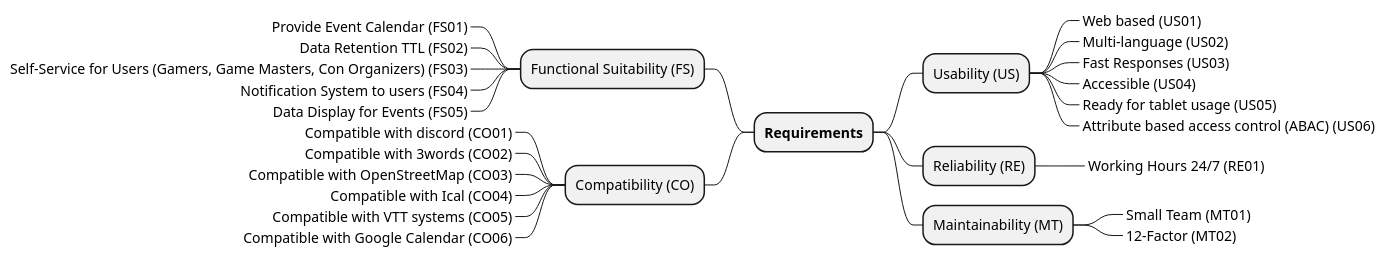
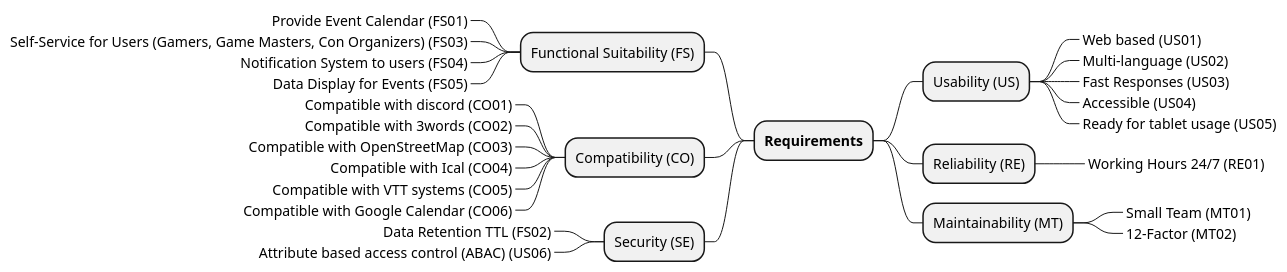
The diagram in docs/modules/arc42/pages/10_quality_requirements.adoc (Paladins-Inn/rollenspiel-cons), drawn with PlantUML before and after one commit. The commit also changed other lines of this file and 132 other files, not shown here.

```diff
--- a/docs/modules/arc42/pages/10_quality_requirements.adoc
+++ b/docs/modules/arc42/pages/10_quality_requirements.adoc
@@ -39,32 +43,33 @@
 [plantuml,quality-tree,svg]
 ----
 @startmindmap
 + **Requirements**
 -- Functional Suitability (FS)
 ---_ Provide Event Calendar (FS01)
----_ Data Retention TTL (FS02)
 ---_ Self-Service for Users (Gamers, Game Masters, Con Organizers) (FS03)
 ---_ Notification System to users (FS04)
 ---_ Data Display for Events (FS05)
 -- Compatibility (CO)
 ---_ Compatible with discord (CO01)
 ---_ Compatible with 3words (CO02)
 ---_ Compatible with OpenStreetMap (CO03)
 ---_ Compatible with Ical (CO04)
 ---_ Compatible with VTT systems (CO05)
 ---_ Compatible with Google Calendar (CO06)
+-- Security (SE)
+---_ Data Retention TTL (FS02)
+---_ Attribute based access control (ABAC) (US06)
 
 ++ Usability (US)
 +++_ Web based (US01)
 +++_ Multi-language (US02)
 +++_ Fast Responses (US03)
 +++_ Accessible (US04)
 +++_ Ready for tablet usage (US05)
-+++_ Attribute based access control (ABAC) (US06)
 ++ Reliability (RE)
 +++_ Working Hours 24/7 (RE01)
 ++ Maintainability (MT)
 +++_ Small Team (MT01)
 +++_ 12-Factor (MT02)
 @endmindmap
 ----
```
